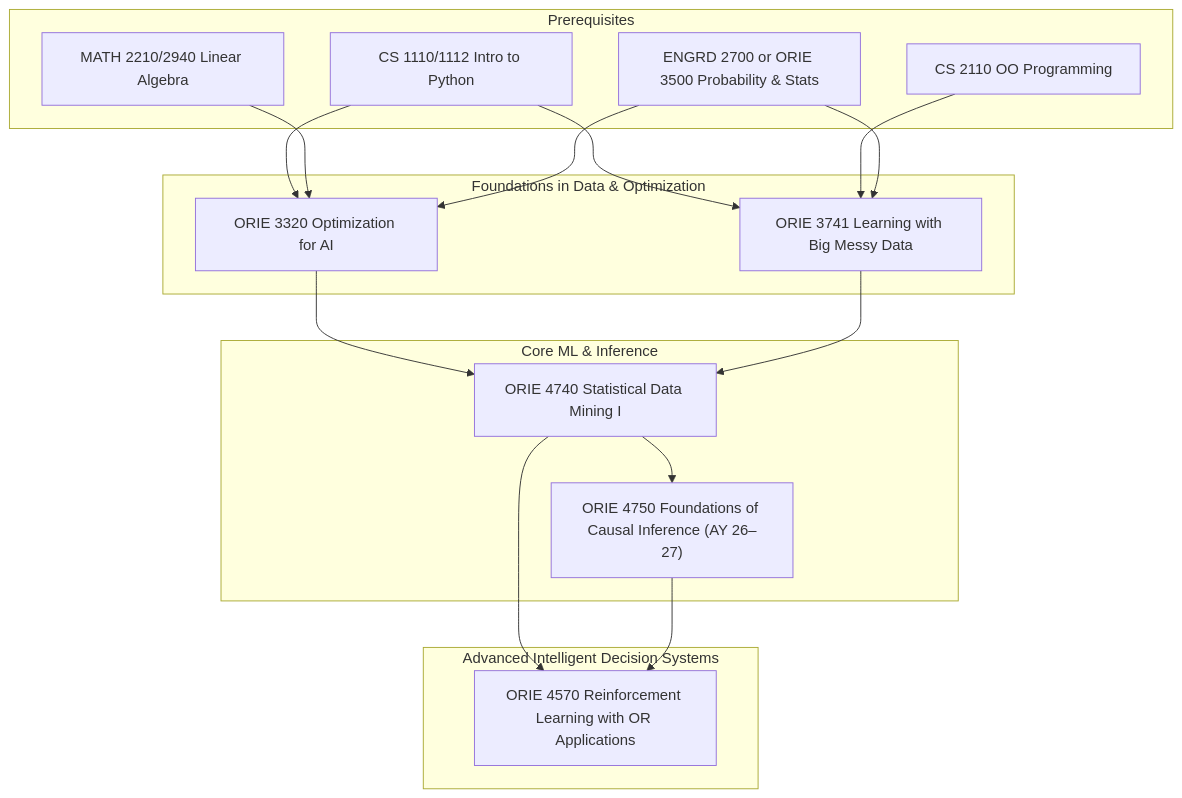
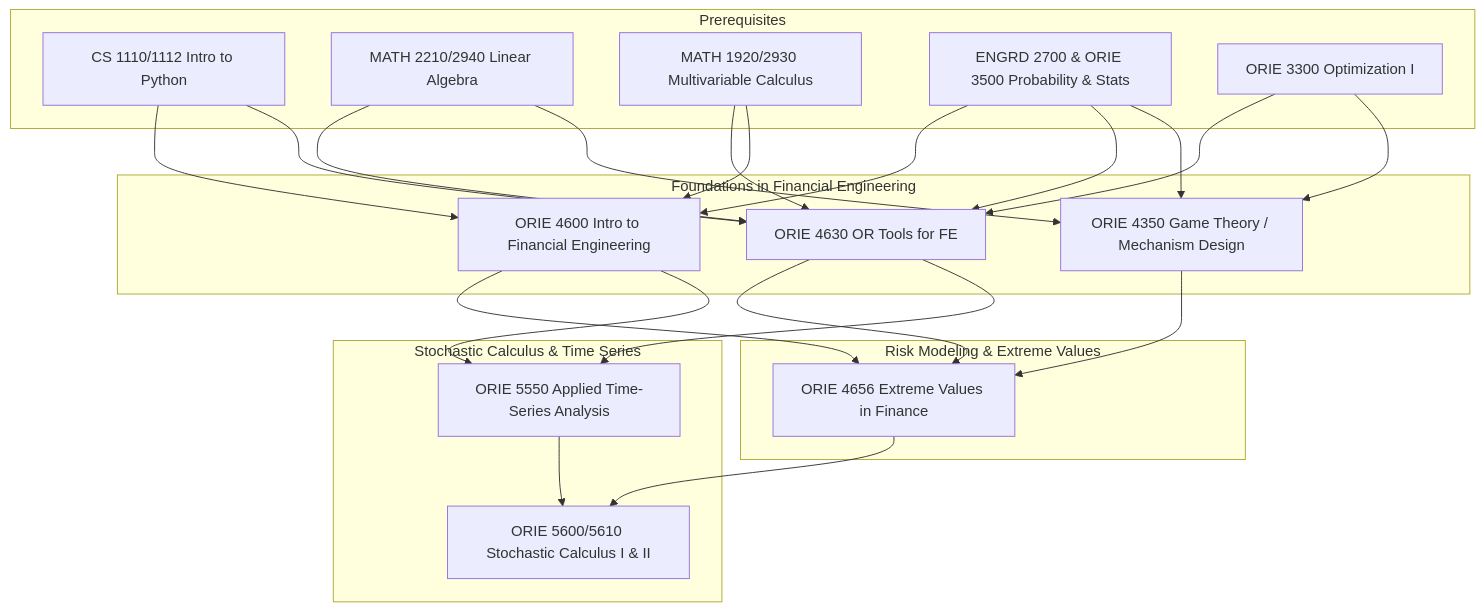
Before and after one commit to jmyphn/engineering-wiki: the diagram in oriefineng.md, drawn with Mermaid. The commit also changed other lines of this file, not shown here.

````diff
--- a/oriefineng.md
+++ b/oriefineng.md
@@ -14,42 +14,53 @@
 ```mermaid
 flowchart TD
 
   %% ===== PREREQS =====
   subgraph A1[Prerequisites]
     A1a[CS 1110/1112 Intro to Python]
-    A1b[CS 2110 OO Programming]
-    A1c[MATH 2210/2940 Linear Algebra]
-    A1d[ENGRD 2700 or ORIE 3500 Probability & Stats]
+    A1b[MATH 2210/2940 Linear Algebra]
+    A1c[MATH 1920/2930 Multivariable Calculus]
+    A1d[ENGRD 2700 & ORIE 3500 Probability & Stats]
+    A1e[ORIE 3300 Optimization I]
   end
 
   %% ===== FOUNDATIONS =====
-  subgraph B1[Foundations in Data & Optimization]
-    B1a[ORIE 3320 Optimization for AI]
-    B1b[ORIE 3741 Learning with Big Messy Data]
+  subgraph B1[Foundations in Financial Engineering]
+    B1a[ORIE 4600 Intro to Financial Engineering]
+    B1b[ORIE 4630 OR Tools for FE]
+    B1c[ORIE 4350 Game Theory / Mechanism Design]
   end
 
-  %% ===== CORE METHODS =====
-  subgraph C1[Core ML & Inference]
-    C1a[ORIE 4740 Statistical Data Mining I]
-    C1b["ORIE 4750 Foundations of Causal Inference (AY 26–27)"]
+  %% ===== RISK & EXTREME EVENTS =====
+  subgraph C1[Risk Modeling & Extreme Values]
+    C1a[ORIE 4656 Extreme Values in Finance]
   end
 
-  %% ===== ADVANCED DECISION SYSTEMS =====
-  subgraph D1[Advanced Intelligent Decision Systems]
-    D1a[ORIE 4570 Reinforcement Learning with OR Applications]
+  %% ===== ADVANCED STOCHASTIC MODELING =====
+  subgraph D1[Stochastic Calculus & Time Series]
+    D1a[ORIE 5550 Applied Time-Series Analysis]
+    D1b[ORIE 5600/5610 Stochastic Calculus I & II]
   end
 
-  %% ===== PATH LINKS =====
+  %% ===== LINKS =====
+  A1a --> B1a
   A1a --> B1b
-  A1a --> B1a
   A1b --> B1b
+  A1b --> B1c
+  A1c --> B1b
   A1c --> B1a
   A1d --> B1a
   A1d --> B1b
+  A1d --> B1c
+  A1e --> B1b
+  A1e --> B1c
 
   B1a --> C1a
   B1b --> C1a
-  C1a --> C1b
-  C1a --> D1a
-  C1b --> D1a
+  B1c --> C1a
+
+  B1a --> D1a
+  B1b --> D1a
+  C1a --> D1b
+  D1a --> D1b
+
 ```
````
